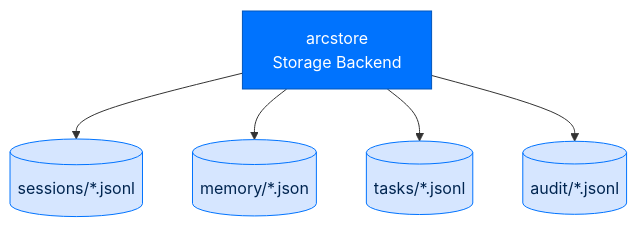
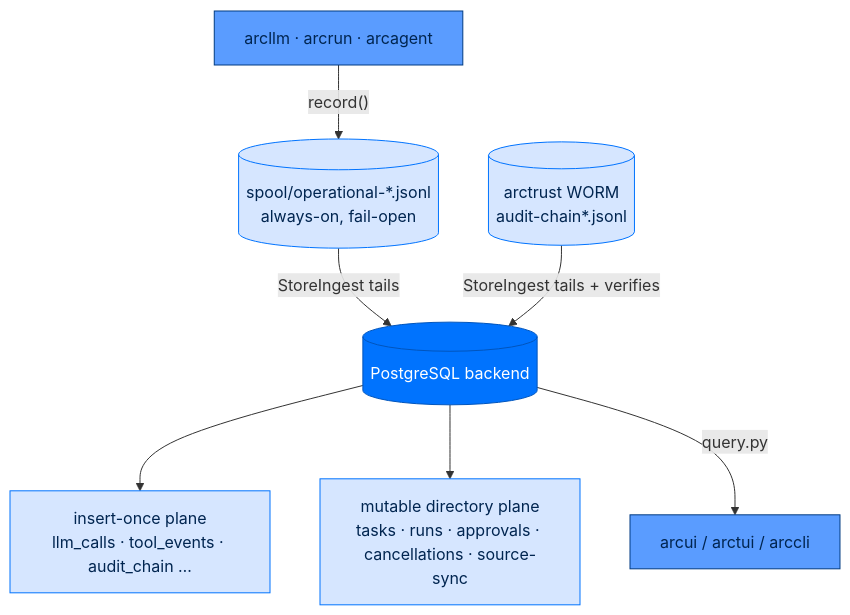
One commit to joshuamschultz/Arc changed the diagram in docs/building/packages/arcstore.md. Above: the diagram before and after it, drawn with Mermaid. The commit also changed other lines of this file and 7 other files, not shown here.

````diff
--- a/docs/building/packages/arcstore.md
+++ b/docs/building/packages/arcstore.md
@@ -25,10 +30,14 @@
 ```mermaid
 flowchart TB
     classDef store fill:#0073FE,stroke:#0055BC,color:#FFFFFF
     classDef data fill:#D6E6FF,stroke:#0073FE,color:#002550
+    classDef src fill:#5A9CFF,stroke:#003B82,color:#002550
 
-    arcstore[arcstore<br/>Storage Backend]:::store --> Sessions[(sessions/*.jsonl)]:::data
-    arcstore --> Memory[(memory/*.json)]:::data
-    arcstore --> Tasks[(tasks/*.jsonl)]:::data
-    arcstore --> Audit[(audit/*.jsonl)]:::data
+    Producers["arcllm · arcrun · arcagent"]:::src -->|"record()"| Spool[("spool/operational-*.jsonl<br/>always-on, fail-open")]:::data
+    WORM[("arctrust WORM<br/>audit-chain*.jsonl")]:::data
+    Spool -->|"StoreIngest tails"| PG[(PostgreSQL backend)]:::store
+    WORM -->|"StoreIngest tails + verifies"| PG
+    PG --> Insert["insert-once plane<br/>llm_calls · tool_events · audit_chain …"]:::data
+    PG --> Mutable["mutable directory plane<br/>tasks · runs · approvals · cancellations · source-sync"]:::data
+    PG -->|"query.py"| UI["arcui / arctui / arccli"]:::src
 ```
````
